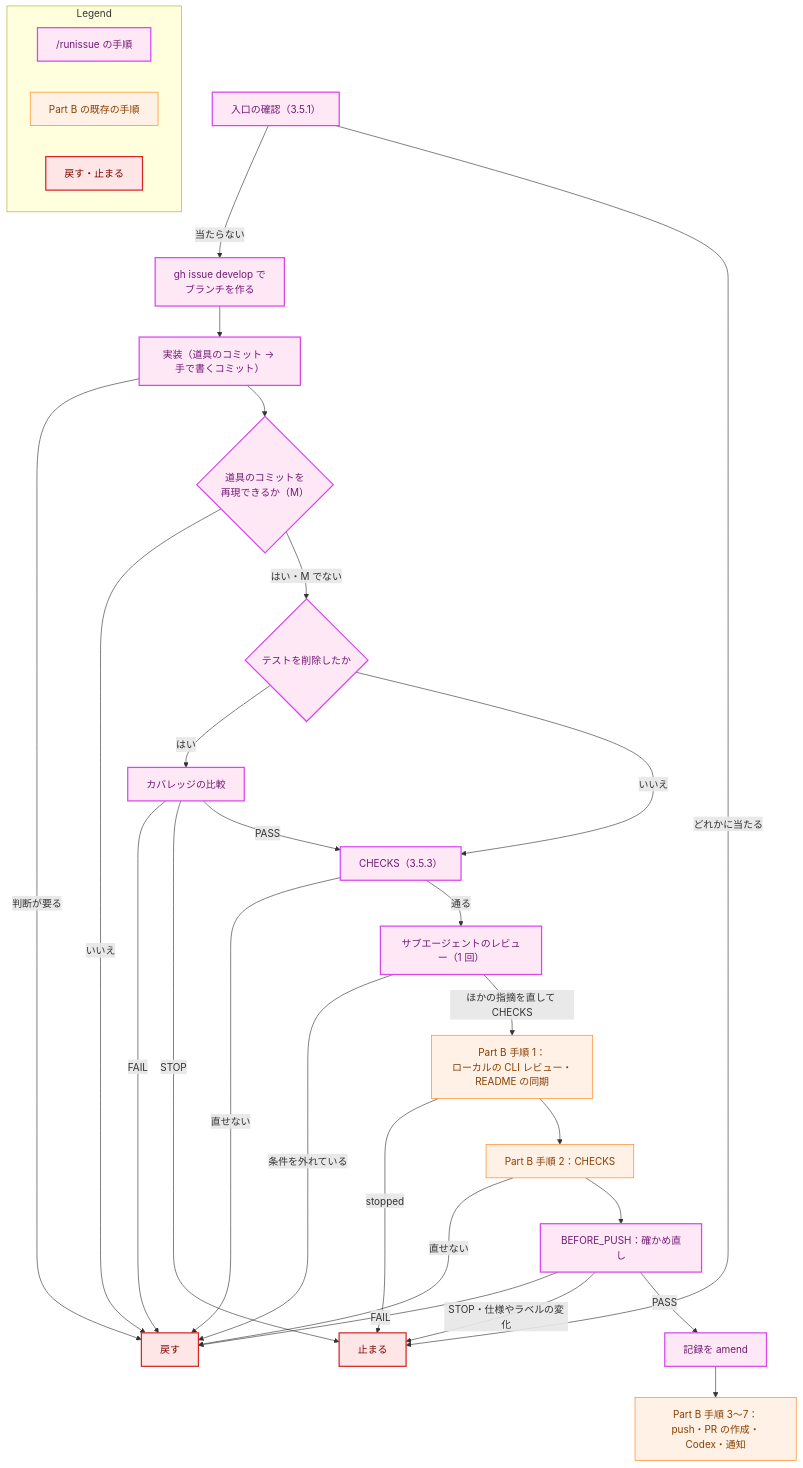
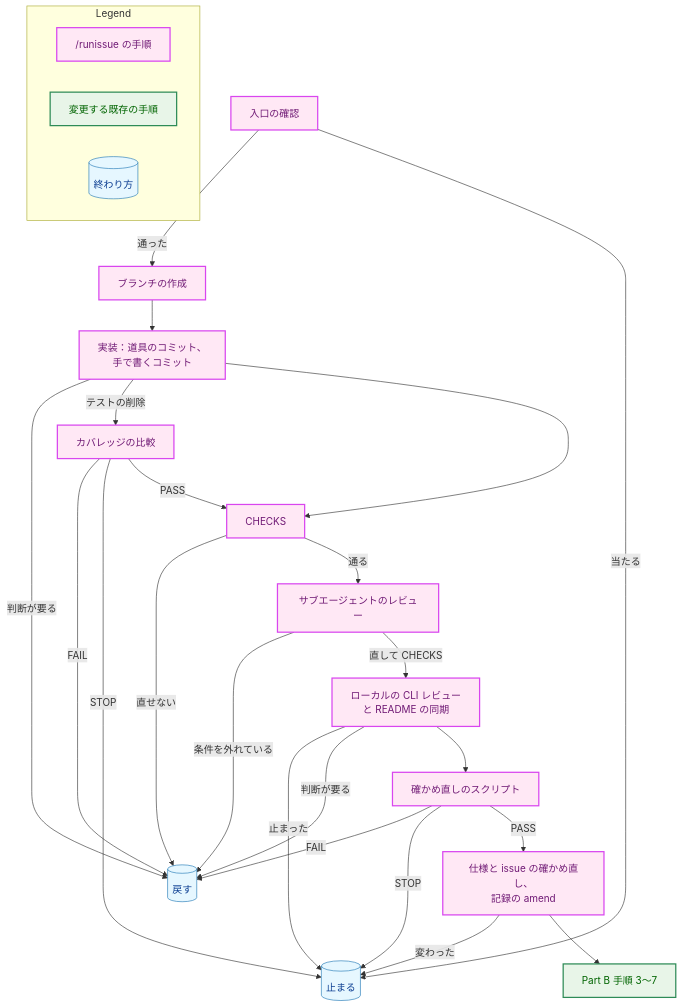
Before and after one commit to isseis/yt2column: the seventh of 8 diagrams in docs/tasks/0061_lightweight_process/02_architecture.md, drawn with Mermaid. The commit also changed other lines of this file, not shown here.

First line of the commit message:
docs(0061): address design review findings for the lightweight process

````diff
--- a/docs/tasks/0061_lightweight_process/02_architecture.md
+++ b/docs/tasks/0061_lightweight_process/02_architecture.md
@@ -857,44 +1010,41 @@
 ```mermaid
 flowchart TD
     classDef newpkg fill:#ffe8f5,stroke:#d946ef,stroke-width:2px,color:#701a75;
-    classDef process fill:#fff1e6,stroke:#ff7f0e,stroke-width:1px,color:#8a3e00;
-    classDef problem fill:#ffe6e6,stroke:#d62728,stroke-width:2px,color:#7b0000;
+    classDef enhanced fill:#e8f5e8,stroke:#2e8b57,stroke-width:2px,color:#006400;
+    classDef data fill:#e6f7ff,stroke:#1f77b4,stroke-width:1px,color:#0b3d91;
 
-    E["入口の確認（3.5.1）"] -->|"当たらない"| BR["gh issue develop で<br>ブランチを作る"]
-    E -->|"どれかに当たる"| STOP["止まる"]
-    BR --> IMP["実装（道具のコミット → 手で書くコミット）"]
-    IMP -->|"判断が要る"| REV["戻す"]
-    IMP --> REP{"道具のコミットを<br>再現できるか（M）"}
-    REP -->|"いいえ"| REV
-    REP -->|"はい・M でない"| DEL{"テストを削除したか"}
-    DEL -->|"はい"| CC["カバレッジの比較"]
+    E["入口の確認"] -->|"通った"| BR["ブランチの作成"]
+    E -->|"当たる"| STOP[("止まる")]
+    BR --> IMP["実装：道具のコミット、<br>手で書くコミット"]
+    IMP -->|"判断が要る"| REV[("戻す")]
+    IMP -->|"テストの削除"| CC["カバレッジの比較"]
     CC -->|"FAIL"| REV
     CC -->|"STOP"| STOP
     CC -->|"PASS"| CHK
-    DEL -->|"いいえ"| CHK["CHECKS（3.5.3）"]
+    IMP --> CHK["CHECKS"]
     CHK -->|"直せない"| REV
-    CHK -->|"通る"| SUB["サブエージェントのレビュー（1 回）"]
+    CHK -->|"通る"| SUB["サブエージェントのレビュー"]
     SUB -->|"条件を外れている"| REV
-    SUB -->|"ほかの指摘を直して CHECKS"| PB1["Part B 手順 1：<br>ローカルの CLI レビュー・README の同期"]
-    PB1 -->|"stopped"| STOP
-    PB1 --> PB2["Part B 手順 2：CHECKS"]
-    PB2 -->|"直せない"| REV
-    PB2 --> BP["BEFORE_PUSH：確かめ直し"]
-    BP -->|"FAIL"| REV
-    BP -->|"STOP・仕様やラベルの変化"| STOP
-    BP -->|"PASS"| AM["記録を amend"]
-    AM --> PB3["Part B 手順 3〜7：<br>push・PR の作成・Codex・通知"]
+    SUB -->|"直して CHECKS"| LR["ローカルの CLI レビュー<br>と README の同期"]
+    LR -->|"止まった"| STOP
+    LR -->|"判断が要る"| REV
+    LR --> RC["確かめ直しのスクリプト"]
+    RC -->|"FAIL"| REV
+    RC -->|"STOP"| STOP
+    RC -->|"PASS"| PRE["仕様と issue の確かめ直し、<br>記録の amend"]
+    PRE -->|"変わった"| STOP
+    PRE --> PB["Part B 手順 3〜7"]
 
-    class E,BR,IMP,REP,DEL,CC,CHK,SUB,BP,AM newpkg
-    class PB1,PB2,PB3 process
-    class REV,STOP problem
+    class E,BR,IMP,CC,CHK,SUB,LR,RC,PRE newpkg
+    class PB enhanced
+    class REV,STOP data
 
     subgraph Legend["Legend"]
         L1["/runissue の手順"]
-        L2["Part B の既存の手順"]
-        L3["戻す・止まる"]
+        L2["変更する既存の手順"]
+        L3[("終わり方")]
     end
     class L1 newpkg
-    class L2 process
-    class L3 problem
+    class L2 enhanced
+    class L3 data
 ```
````
